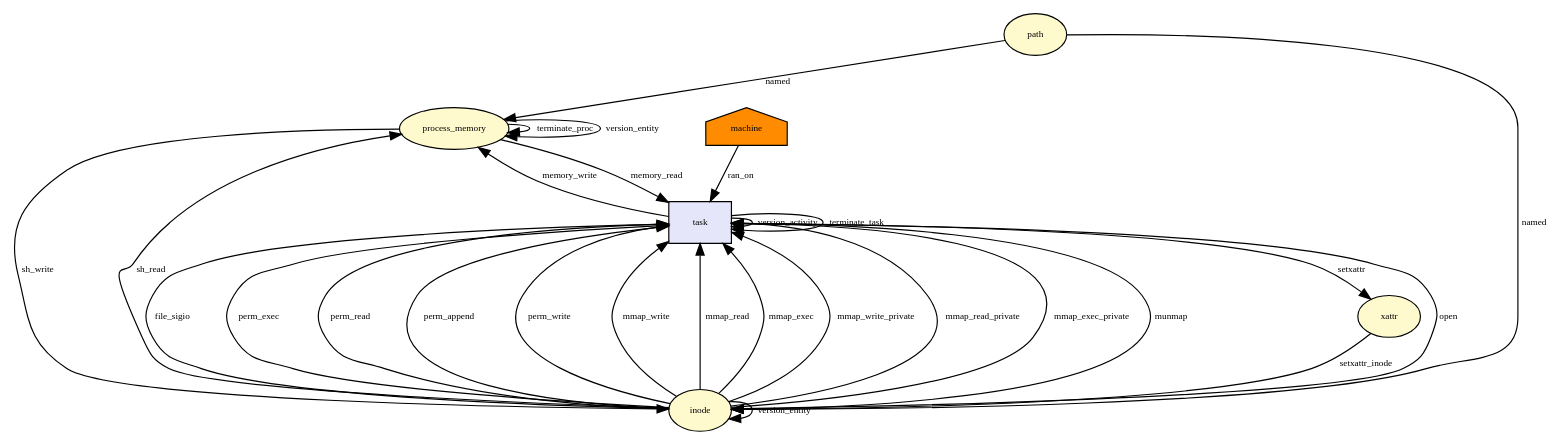
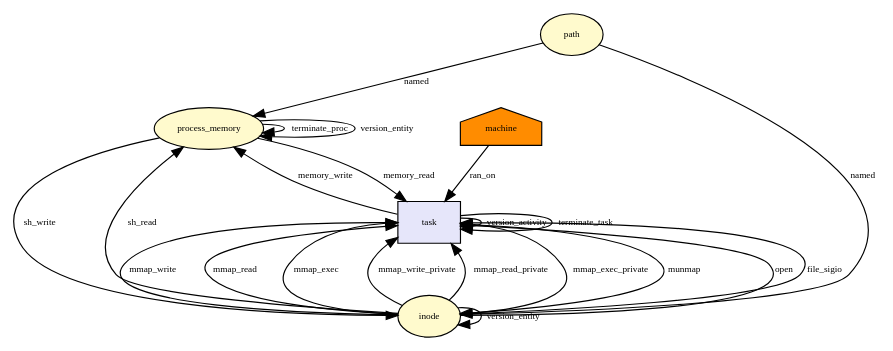
One commit to CamFlow/camflow-dev changed the diagram in docs/dot/__x64_sys_mmap.dot. Above: the diagram before and after it, drawn with Graphviz. The commit also changed 12 other files, not shown here.

```diff
--- a/docs/dot/__x64_sys_mmap.dot
+++ b/docs/dot/__x64_sys_mmap.dot
@@ -1,67 +1,53 @@
 digraph RGL__DirectedAdjacencyGraph {process_memory[fontsize = 8,label = process_memory,shape = ellipse, fillcolor="#fffacd", style = filled]
 
 process_memory -> process_memory[fontsize = 8,label = terminate_proc]
 
 path[fontsize = 8,label = path,shape = ellipse, fillcolor="#fffacd", style = filled]
 
 path -> process_memory[fontsize = 8,label = named]
 
 machine[fontsize = 8,label = machine,shape = house, fillcolor="#ff8c00", style = filled]
 
 task[fontsize = 8,label = task,shape = rectangle, fillcolor="#e6e6fa", style = filled]
 
 machine -> task[fontsize = 8,label = ran_on]
 
 inode[fontsize = 8,label = inode,shape = ellipse, fillcolor="#fffacd", style = filled]
 
 path -> inode[fontsize = 8,label = named]
 
 inode -> task[fontsize = 8,label = open]
 
 task -> process_memory[fontsize = 8,label = memory_write]
 
 task -> task[fontsize = 8,label = version_activity]
 
 process_memory -> process_memory[fontsize = 8,label = version_entity]
 
 process_memory -> inode[fontsize = 8,label = sh_write]
 
 inode -> inode[fontsize = 8,label = version_entity]
 
 inode -> task[fontsize = 8,label = file_sigio]
 
-inode -> task[fontsize = 8,label = perm_exec]
-
-inode -> task[fontsize = 8,label = perm_read]
-
-inode -> task[fontsize = 8,label = perm_append]
-
-inode -> task[fontsize = 8,label = perm_write]
-
-process_memory -> task[fontsize = 8,label = memory_read]
-
-xattr[fontsize = 8,label = xattr,shape = ellipse, fillcolor="#fffacd", style = filled]
-
-task -> xattr[fontsize = 8,label = setxattr]
-
-xattr -> inode[fontsize = 8,label = setxattr_inode]
-
 inode -> task[fontsize = 8,label = mmap_write]
 
 inode -> task[fontsize = 8,label = mmap_read]
 
 inode -> task[fontsize = 8,label = mmap_exec]
 
 inode -> task[fontsize = 8,label = mmap_write_private]
 
 inode -> task[fontsize = 8,label = mmap_read_private]
 
 inode -> task[fontsize = 8,label = mmap_exec_private]
 
+process_memory -> task[fontsize = 8,label = memory_read]
+
 task -> inode[fontsize = 8,label = munmap]
 
 inode -> process_memory[fontsize = 8,label = sh_read]
 
 task -> task[fontsize = 8,label = terminate_task]
 
 }
```
